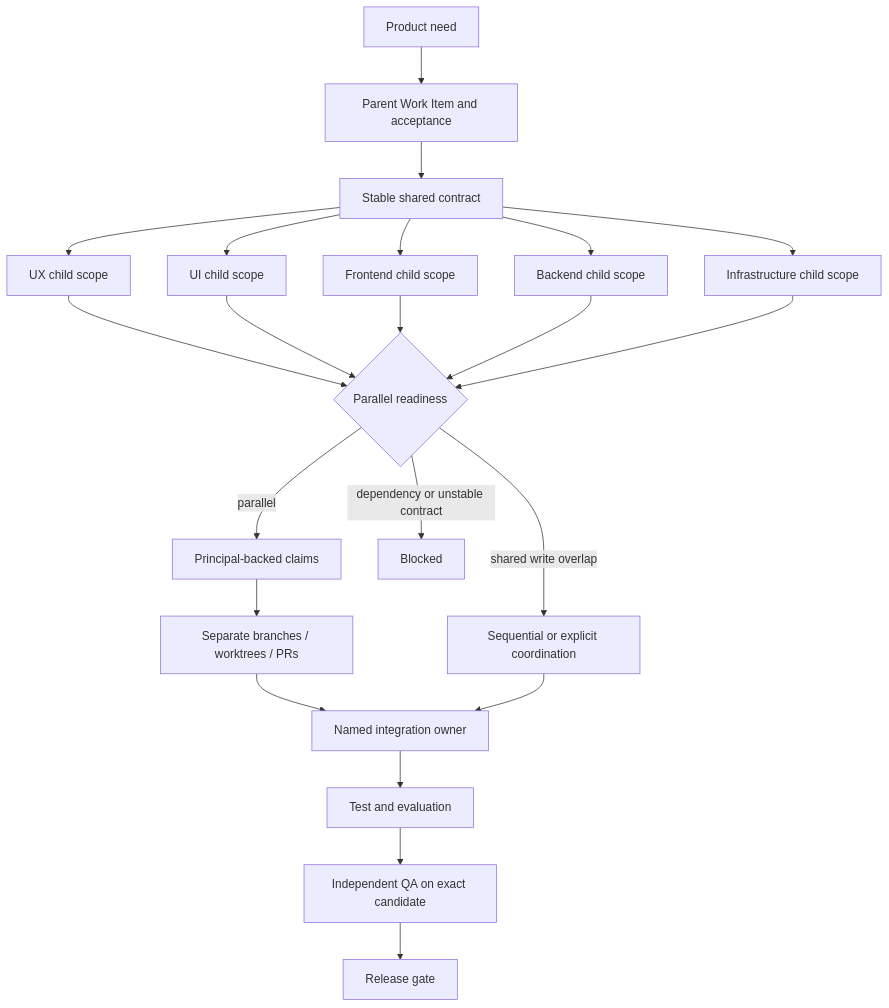
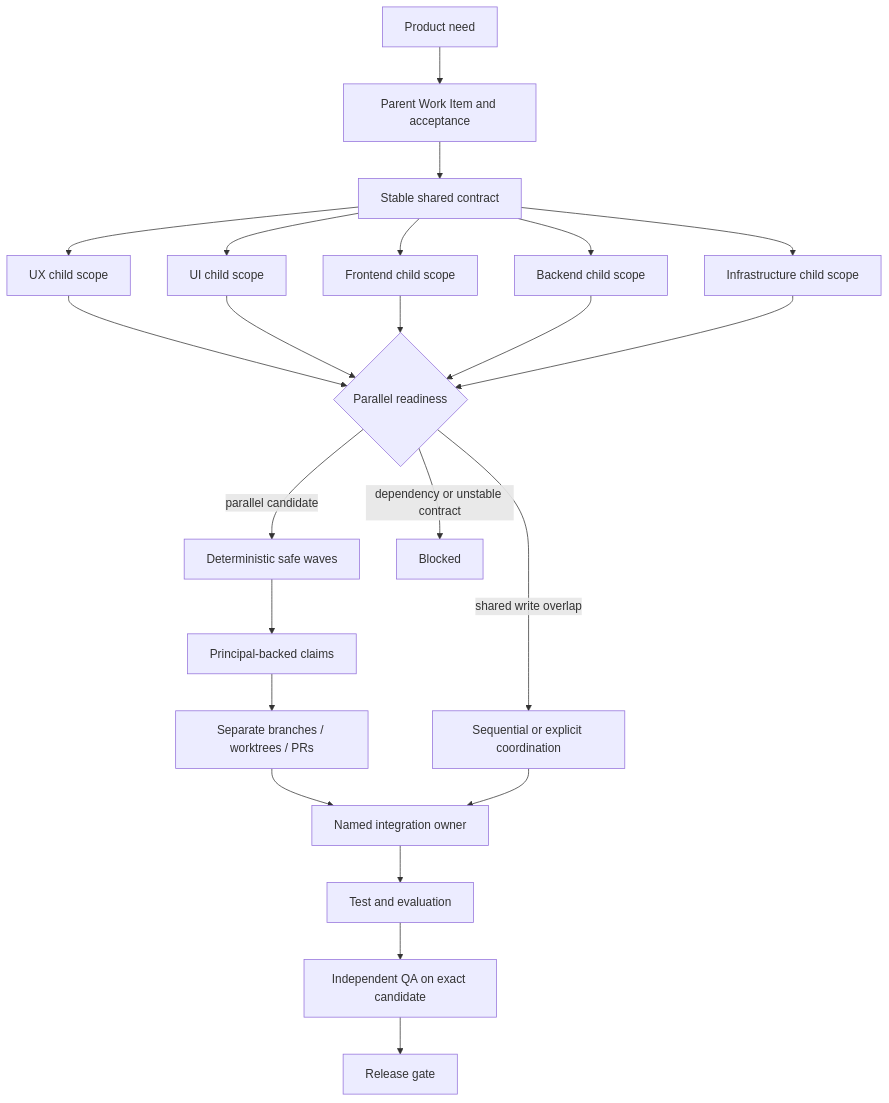
The second of 2 diagrams in docs/collaboration.md (zsz1210/temple-ai-dev-org), drawn with Mermaid before and after one commit. The commit also changed other lines of this file and 43 other files, not shown here.

Commit message:
Add safe group parallel orchestration

````diff
--- a/docs/collaboration.md
+++ b/docs/collaboration.md
@@ -51,27 +51,28 @@
 ```mermaid
 flowchart TD
     NEED[Product need] --> PARENT[Parent Work Item and acceptance]
     PARENT --> CONTRACT[Stable shared contract]
     CONTRACT --> UX[UX child scope]
     CONTRACT --> UI[UI child scope]
     CONTRACT --> FE[Frontend child scope]
     CONTRACT --> BE[Backend child scope]
     CONTRACT --> INFRA[Infrastructure child scope]
 
     UX --> READY{Parallel readiness}
     UI --> READY
     FE --> READY
     BE --> READY
     INFRA --> READY
 
-    READY -->|parallel| CLAIMS[Principal-backed claims]
+    READY -->|parallel candidate| PLAN[Deterministic safe waves]
+    PLAN --> CLAIMS[Principal-backed claims]
     READY -->|shared write overlap| SEQ[Sequential or explicit coordination]
     READY -->|dependency or unstable contract| BLOCK[Blocked]
 
     CLAIMS --> BRANCHES[Separate branches / worktrees / PRs]
     BRANCHES --> INTEGRATE[Named integration owner]
     SEQ --> INTEGRATE
     INTEGRATE --> TEST[Test and evaluation]
     TEST --> QA[Independent QA on exact candidate]
     QA --> RELEASE[Release gate]
 ```
````
